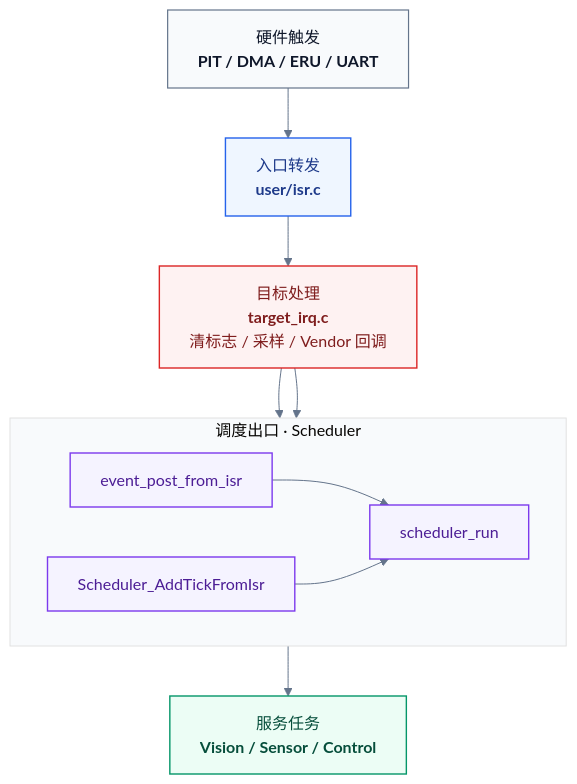
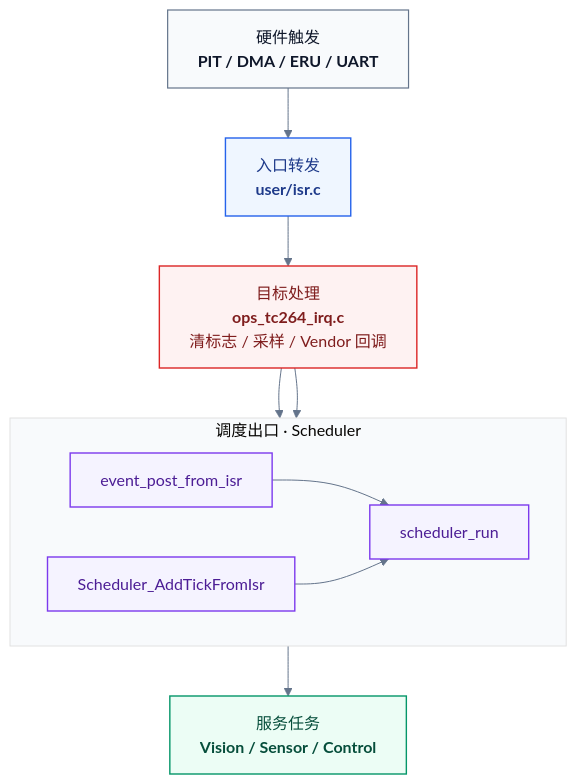
The second of 2 diagrams in README.md (ParacosmYy/GS_Smart_car), drawn with Mermaid before and after one commit. The commit also changed other lines of this file and 12 other files, not shown here.

````diff
--- a/README.md
+++ b/README.md
@@ -62,33 +62,33 @@
 ```mermaid
 %%{init: {"theme": "base", "themeVariables": {"fontFamily": "Inter, Microsoft YaHei, Arial", "primaryBorderColor": "#CBD5E1", "lineColor": "#64748B", "tertiaryColor": "#F8FAFC"}}}%%
 flowchart TB
     HW["硬件触发<br/><b>PIT / DMA / ERU / UART</b>"]
     ISR["入口转发<br/><b>user/isr.c</b>"]
-    IRQ["目标处理<br/><b>target_irq.c</b><br/>清标志 / 采样 / Vendor 回调"]
+    IRQ["目标处理<br/><b>ops_tc264_irq.c</b><br/>清标志 / 采样 / Vendor 回调"]
 
     subgraph SCHED["调度出口 · Scheduler"]
         direction LR
         EVENT["event_post_from_isr"]
         TICK["Scheduler_AddTickFromIsr"]
         LOOP["scheduler_run"]
     end
 
     TASK["服务任务<br/><b>Vision / Sensor / Control</b>"]
 
     HW --> ISR --> IRQ
     IRQ --> EVENT --> LOOP
     IRQ --> TICK --> LOOP
     LOOP --> TASK
 
     classDef hardware fill:#F8FAFC,stroke:#64748B,color:#0F172A,stroke-width:1.2px;
     classDef entry fill:#EFF6FF,stroke:#2563EB,color:#1E3A8A,stroke-width:1.4px;
     classDef target fill:#FEF2F2,stroke:#DC2626,color:#7F1D1D,stroke-width:1.4px;
     classDef scheduler fill:#F5F3FF,stroke:#7C3AED,color:#4C1D95,stroke-width:1.4px;
     classDef service fill:#ECFDF5,stroke:#059669,color:#064E3B,stroke-width:1.4px;
 
     class HW hardware
     class ISR entry
     class IRQ target
     class EVENT,TICK,LOOP scheduler
     class TASK service
 ```
````
